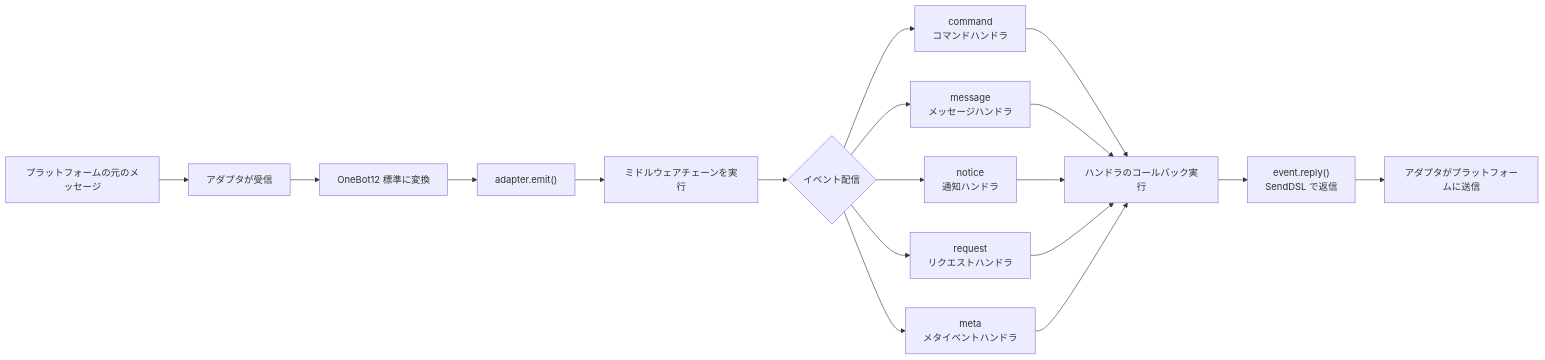
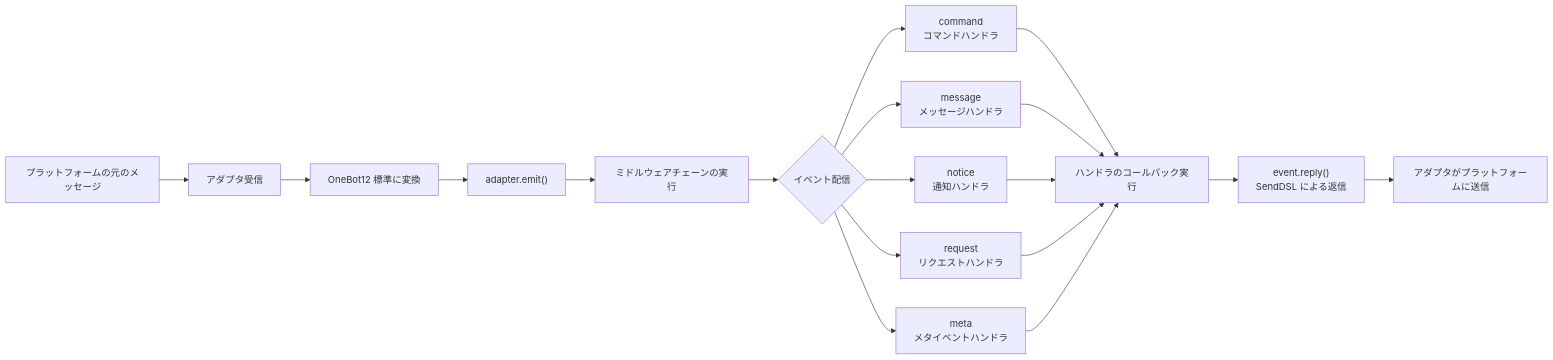
The third of 9 diagrams in docs/ja/architecture.md (ErisPulse/ErisPulse), drawn with Mermaid before and after one commit. The commit also changed other lines of this file and 143 other files, not shown here.

````diff
--- a/docs/ja/architecture.md
+++ b/docs/ja/architecture.md
@@ -90,16 +90,16 @@
 ```mermaid
 flowchart LR
-    A["プラットフォームの元のメッセージ"] --> B["アダプタが受信"]
+    A["プラットフォームの元のメッセージ"] --> B["アダプタ受信"]
     B --> C["OneBot12 標準に変換"]
     C --> D["adapter.emit()"]
-    D --> E["ミドルウェアチェーンを実行"]
+    D --> E["ミドルウェアチェーンの実行"]
     E --> F{"イベント配信"}
     F --> G1["command<br/>コマンドハンドラ"]
     F --> G2["message<br/>メッセージハンドラ"]
     F --> G3["notice<br/>通知ハンドラ"]
     F --> G4["request<br/>リクエストハンドラ"]
     F --> G5["meta<br/>メタイベントハンドラ"]
     G1 & G2 & G3 & G4 & G5 --> H["ハンドラのコールバック実行"]
-    H --> I["event.reply()<br/>SendDSL で返信"]
+    H --> I["event.reply()<br/>SendDSL による返信"]
     I --> J["アダプタがプラットフォームに送信"]
 ```
````
